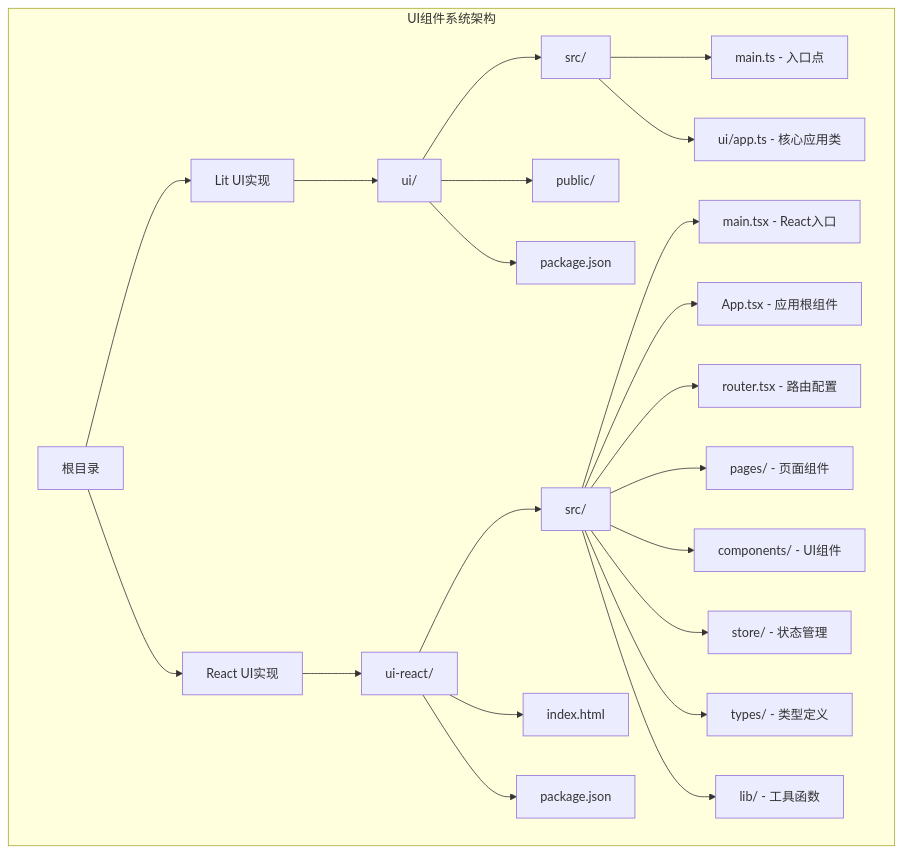
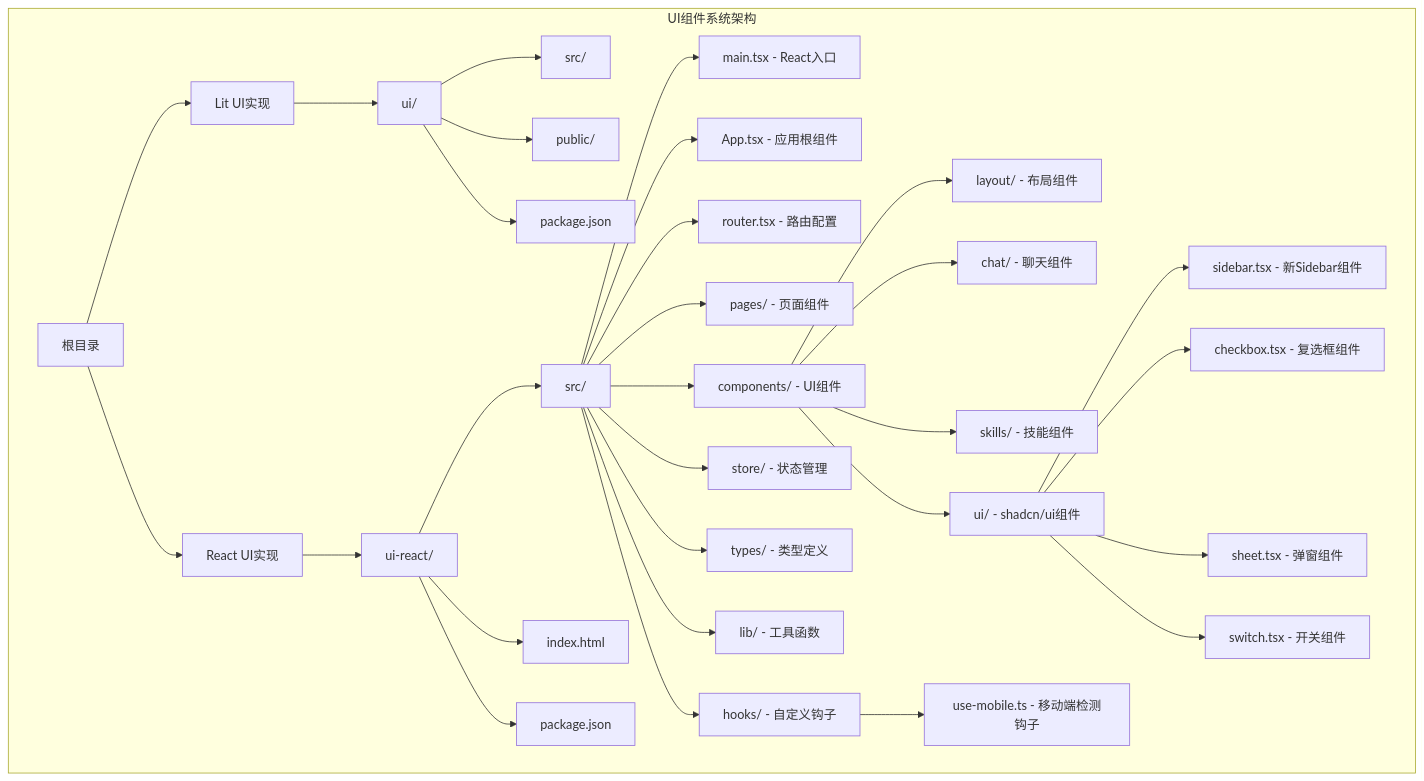
The first of 21 diagrams in .qoder/repowiki/zh/content/Web界面/UI组件系统/UI组件系统.md (verse-ai-org/openclaw), drawn with Mermaid before and after one commit. The commit also changed other lines of this file and 46 other files, not shown here.

````diff
--- a/.qoder/repowiki/zh/content/Web界面/UI组件系统/UI组件系统.md
+++ b/.qoder/repowiki/zh/content/Web界面/UI组件系统/UI组件系统.md
@@ -63,25 +70,33 @@
 ```mermaid
 graph TB
 subgraph "UI组件系统架构"
 A[根目录] --> B[Lit UI实现]
 A --> C[React UI实现]
 B --> D[ui/]
 C --> E[ui-react/]
 D --> F[src/]
 D --> G[public/]
 D --> H[package.json]
 E --> I[src/]
 E --> J[index.html]
 E --> K[package.json]
-F --> L[main.ts - 入口点]
-F --> M[ui/app.ts - 核心应用类]
-I --> N[main.tsx - React入口]
-I --> O[App.tsx - 应用根组件]
-I --> P[router.tsx - 路由配置]
-I --> Q[pages/ - 页面组件]
-I --> R[components/ - UI组件]
-I --> S[store/ - 状态管理]
-I --> T[types/ - 类型定义]
-I --> U[lib/ - 工具函数]
+I --> L[main.tsx - React入口]
+I --> M[App.tsx - 应用根组件]
+I --> N[router.tsx - 路由配置]
+I --> O[pages/ - 页面组件]
+I --> P[components/ - UI组件]
+I --> Q[store/ - 状态管理]
+I --> R[types/ - 类型定义]
+I --> S[lib/ - 工具函数]
+I --> T[hooks/ - 自定义钩子]
+P --> U[layout/ - 布局组件]
+P --> V[chat/ - 聊天组件]
+P --> W[skills/ - 技能组件]
+P --> X[ui/ - shadcn/ui组件]
+X --> Y[sidebar.tsx - 新Sidebar组件]
+X --> Z[checkbox.tsx - 复选框组件]
+X --> AA[sheet.tsx - 弹窗组件]
+X --> BB[switch.tsx - 开关组件]
+T --> CC[use-mobile.ts - 移动端检测钩子]
 end
 ```
````
